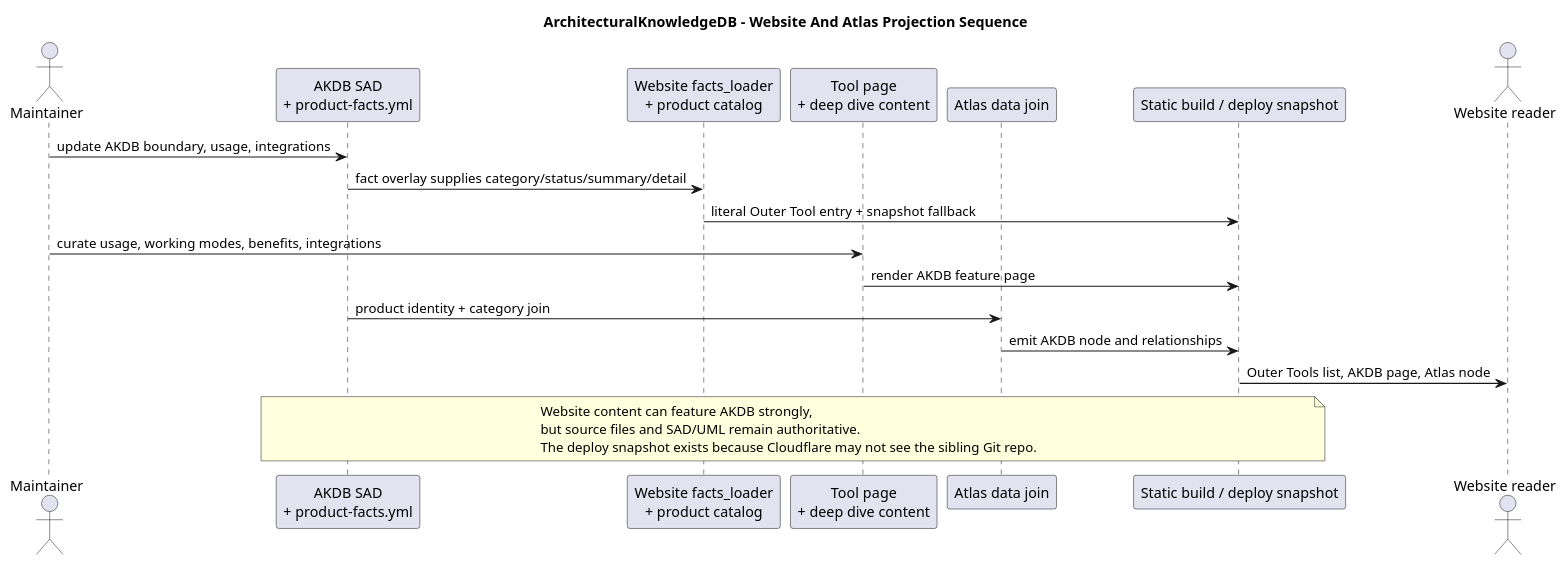
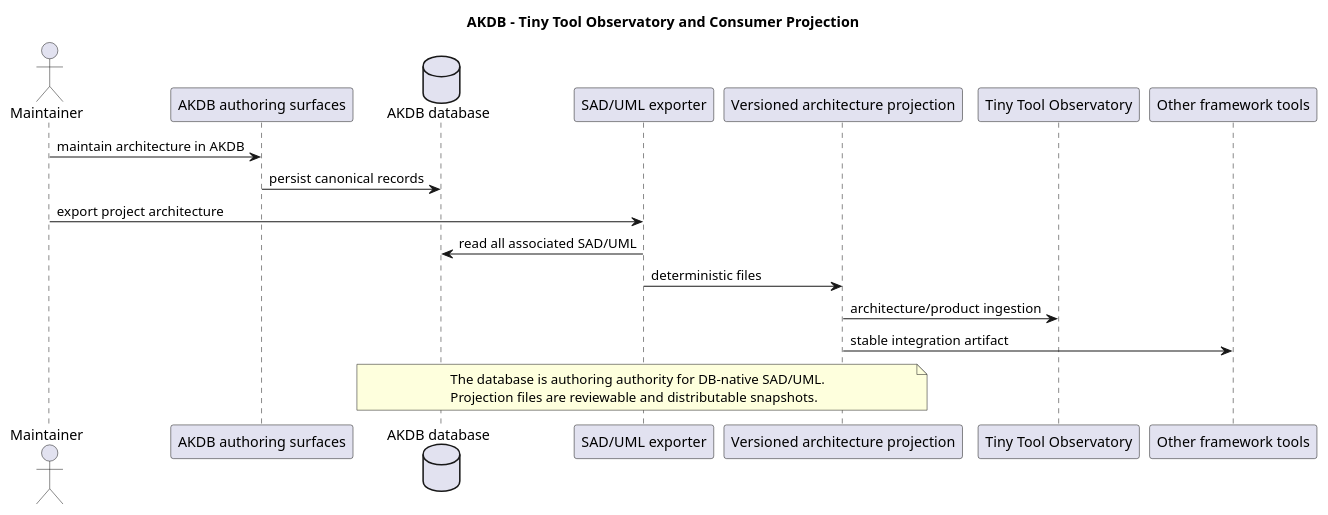
The diagram in docs/architecture/UML/sequence/architectural-knowledge-db-website-projection-sequence.puml (Held0fTheWelt/ArchitecturalKnowledgeDB), drawn with PlantUML before and after one commit. The commit also changed 59 other files, not shown here.

Commit message:
feat: add DB-native SAD and UML authoring

```diff
--- a/docs/architecture/UML/sequence/architectural-knowledge-db-website-projection-sequence.puml
+++ b/docs/architecture/UML/sequence/architectural-knowledge-db-website-projection-sequence.puml
@@ -1,27 +1,21 @@
-@startuml architecturalknowledgedb-website-projection-sequence
-title ArchitecturalKnowledgeDB - Website And Atlas Projection Sequence
-
+@startuml akdb-observatory-sequence
+title AKDB - Tiny Tool Observatory and Consumer Projection
 actor Maintainer
-participant "AKDB SAD\n+ product-facts.yml" as Facts
-participant "Website facts_loader\n+ product catalog" as Catalog
-participant "Tool page\n+ deep dive content" as DeepDive
-participant "Atlas data join" as Atlas
-participant "Static build / deploy snapshot" as Build
-actor "Website reader" as Reader
-
-Maintainer -> Facts : update AKDB boundary, usage, integrations
-Facts -> Catalog : fact overlay supplies category/status/summary/detail
-Catalog -> Build : literal Outer Tool entry + snapshot fallback
-Maintainer -> DeepDive : curate usage, working modes, benefits, integrations
-DeepDive -> Build : render AKDB feature page
-Facts -> Atlas : product identity + category join
-Atlas -> Build : emit AKDB node and relationships
-Build -> Reader : Outer Tools list, AKDB page, Atlas node
-
-note over Facts,Build
-  Website content can feature AKDB strongly,
-  but source files and SAD/UML remain authoritative.
-  The deploy snapshot exists because Cloudflare may not see the sibling Git repo.
+participant "AKDB authoring surfaces" as Surface
+database "AKDB database" as DB
+participant "SAD/UML exporter" as Exporter
+participant "Versioned architecture projection" as Projection
+participant "Tiny Tool Observatory" as Observatory
+participant "Other framework tools" as Consumers
+Maintainer -> Surface : maintain architecture in AKDB
+Surface -> DB : persist canonical records
+Maintainer -> Exporter : export project architecture
+Exporter -> DB : read all associated SAD/UML
+Exporter -> Projection : deterministic files
+Projection -> Observatory : architecture/product ingestion
+Projection -> Consumers : stable integration artifact
+note over DB,Projection
+The database is authoring authority for DB-native SAD/UML.
+Projection files are reviewable and distributable snapshots.
 end note
-
 @enduml
```
